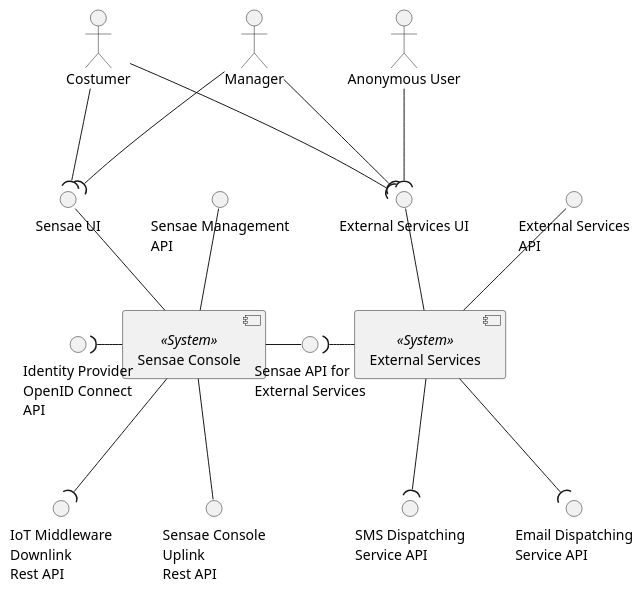
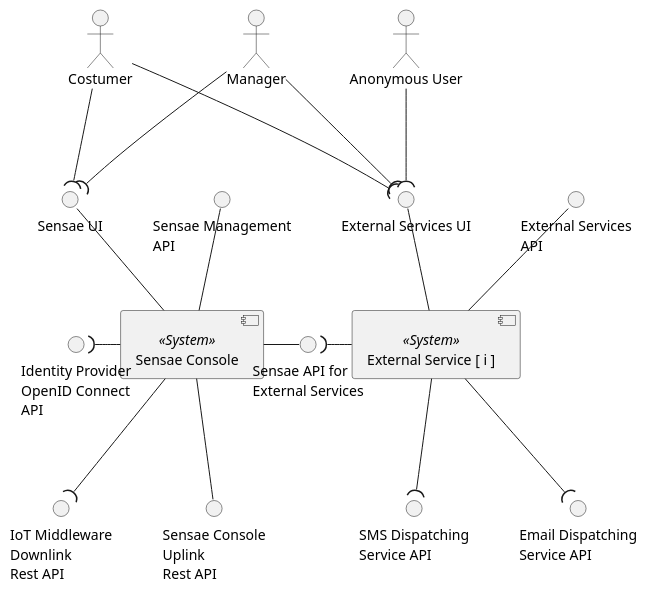
Before and after one commit to FilipeMCruz/dissertation: the diagram in assets/diagrams/design/architectural/level1/logical-view.pu, drawn with PlantUML. The commit also changed 9 other files, not shown here.

```diff
--- a/assets/diagrams/design/architectural/level1/logical-view.pu
+++ b/assets/diagrams/design/architectural/level1/logical-view.pu
@@ -1,47 +1,47 @@
 @startuml logical-view
 
 skinparam Monochrome true
 skinparam sequenceMessageAlign center
 skinparam componentStyle uml2
 skinparam packageStyle rectangle
 
 [Sensae Console] as S <<System>>
-[External Services] as EXTER <<System>>
+component "External Service [ i ]" as EXTER <<System>>
 
 () "Sensae UI" as UI
 () "Sensae Management\nAPI" as API
 () "Sensae API for\nExternal Services" as DATA_API
 () "IoT Middleware\nDownlink\nRest API" as OUT_ENDPOINT
 () "Sensae Console\nUplink\nRest API" as IN_ENDPOINT
 () "Identity Provider\nOpenID Connect\nAPI" as OPEN_ID
 () "External Services UI" as EXTER_UI
 () "External Services\nAPI" as EXTER_API
 () "SMS Dispatching\nService API" as SMS
 () "Email Dispatching\nService API" as EMAIL
 
 API -- S
 UI -- S
 EXTER_UI -- EXTER
 EXTER_API -- EXTER
 S - DATA_API
 OPEN_ID )- S
 S -- IN_ENDPOINT
 
 S --( OUT_ENDPOINT
 
 EXTER --( EMAIL
 EXTER --( SMS
 
 actor "Manager" as Manager
 actor "Costumer" as Costumer
 actor "Anonymous User" as Anonymous
 
 Manager --( UI
 Manager --( EXTER_UI
 Costumer --( UI
 Costumer --( EXTER_UI
 Anonymous --( EXTER_UI
 
 DATA_API )- EXTER
 
 @enduml
```
